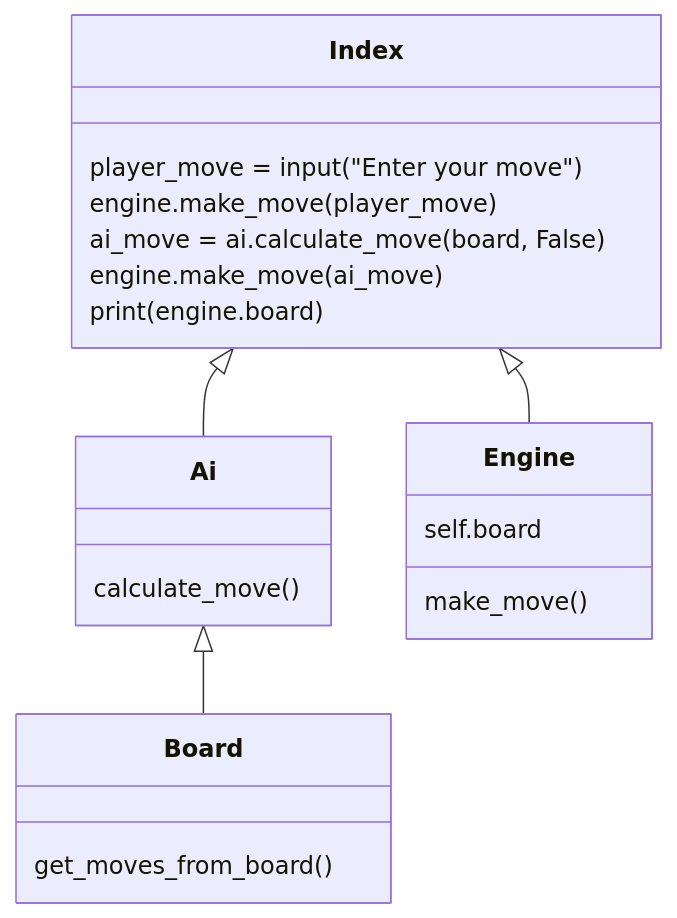
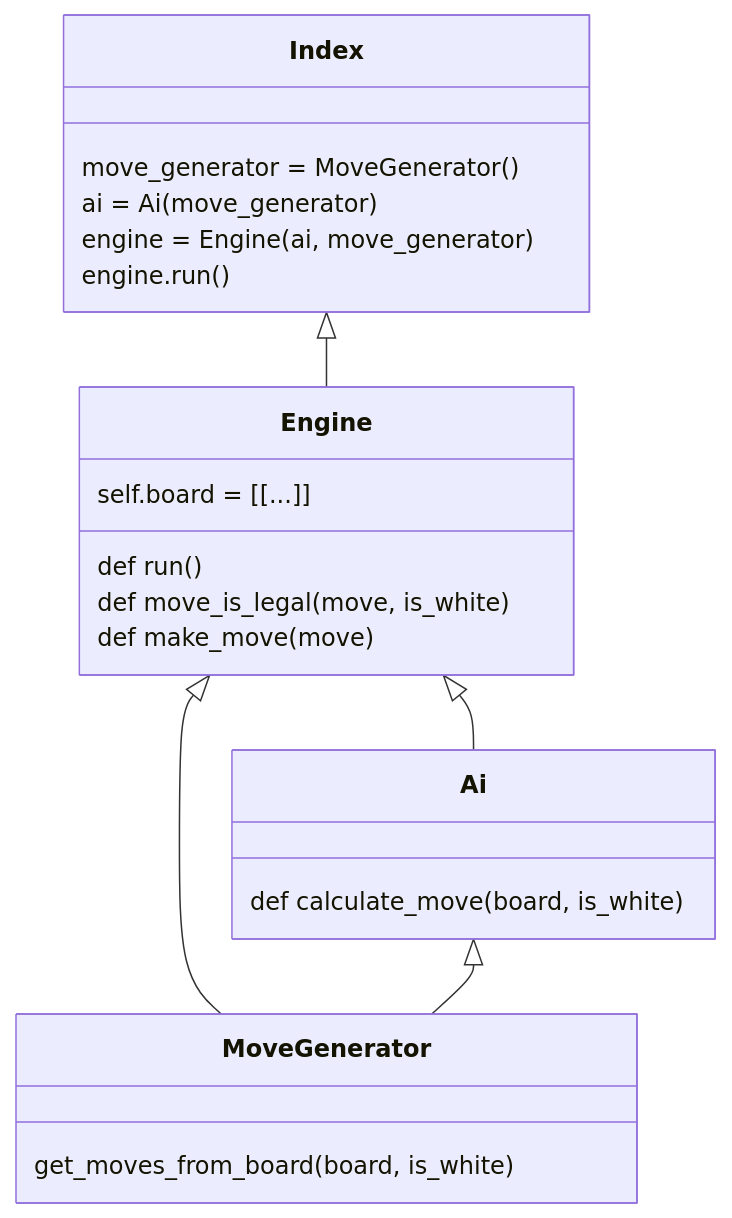
Before and after one commit to rikumat/chess-engine: the second of 2 diagrams in documentation/implementation.md, drawn with Mermaid. The commit also changed other lines of this file, not shown here.

````diff
--- a/documentation/implementation.md
+++ b/documentation/implementation.md
@@ -49,15 +49,17 @@
 ```mermaid
 classDiagram
-  Index<|-- Ai
-  Ai <|-- Board
+  Engine<|-- Ai
+  Engine<|-- MoveGenerator
+  Ai <|-- MoveGenerator
   Index <|-- Engine
-  Index: player_move = input("Enter your move")
-  Index: engine.make_move(player_move)
-  Index: ai_move = ai.calculate_move(board, False)
-  Index: engine.make_move(ai_move)
-  Index: print(engine.board)
-  Ai: calculate_move()
-  Board: get_moves_from_board()
-  Engine: make_move()
-  Engine: self.board
+  Index: move_generator = MoveGenerator()
+  Index: ai = Ai(move_generator)
+  Index: engine = Engine(ai, move_generator)
+  Index: engine.run()
+  Engine: self.board = [[...]]
+  Engine: def run()
+  Engine: def move_is_legal(move, is_white)
+  Engine: def make_move(move)
+  Ai: def calculate_move(board, is_white)
+  MoveGenerator: get_moves_from_board(board, is_white)
   ```
````
